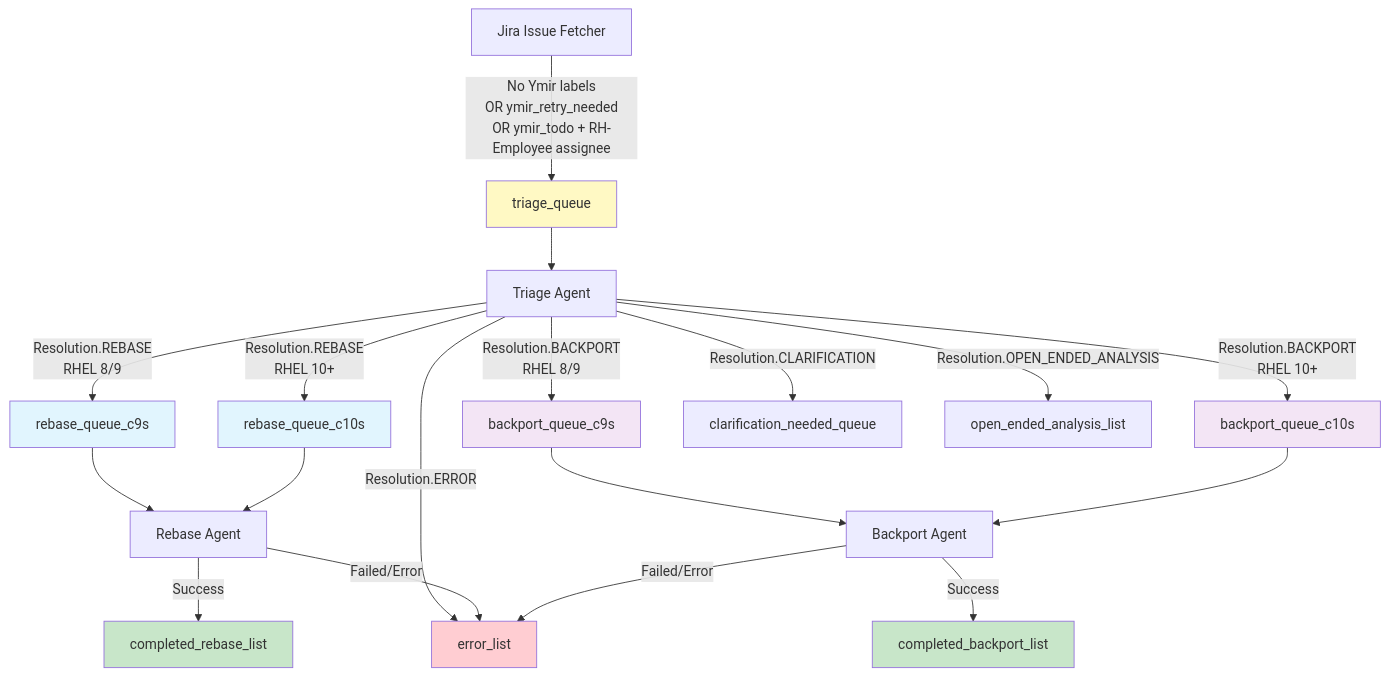
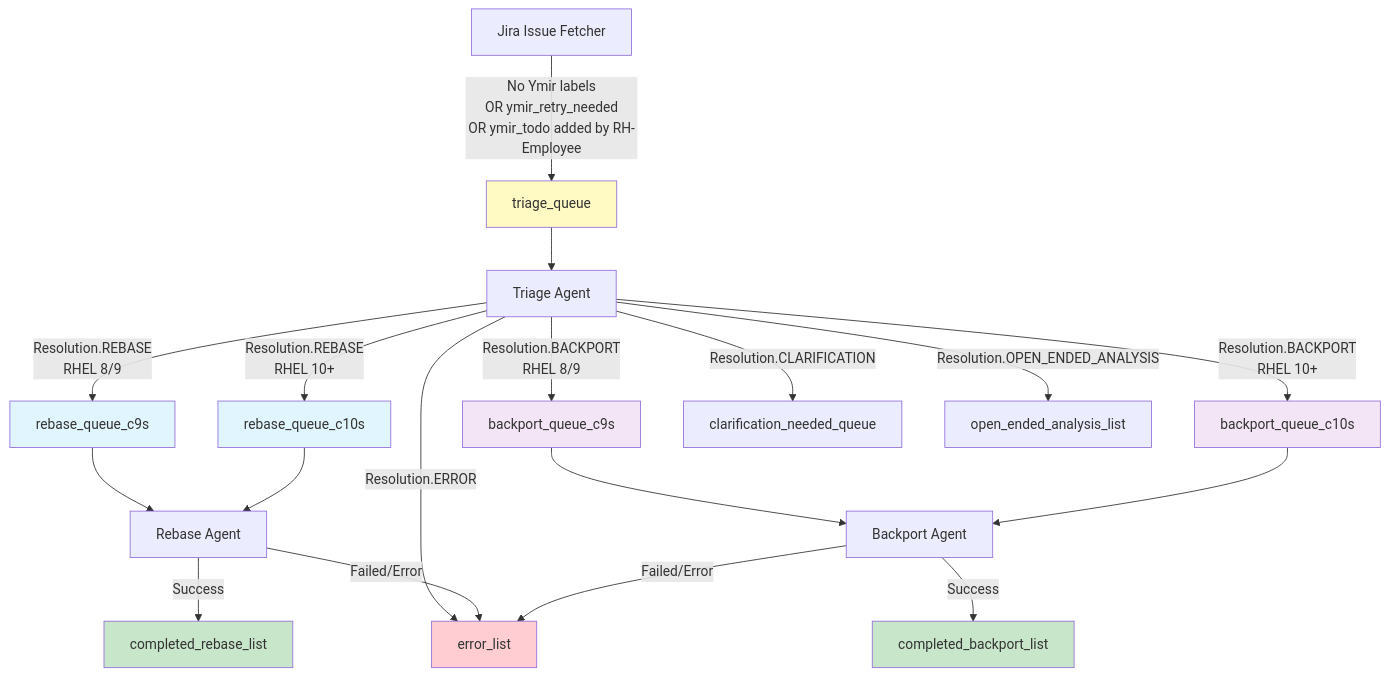
The second of 3 diagrams in jira_label_workflow_routing.md (packit/ai-workflows), drawn with Mermaid before and after one commit. The commit also changed other lines of this file and 3 other files, not shown here.

Commit message:
Verify ymir_todo author is a Red Hat Employee via changelog

````diff
--- a/jira_label_workflow_routing.md
+++ b/jira_label_workflow_routing.md
@@ -29,35 +29,35 @@
 ```mermaid
 flowchart TD
     FETCH[Jira Issue Fetcher]
 
-    FETCH -->|No Ymir labels<br/>OR ymir_retry_needed<br/>OR ymir_todo + RH-Employee assignee| TRIAGE[triage_queue]
+    FETCH -->|No Ymir labels<br/>OR ymir_retry_needed<br/>OR ymir_todo added by RH-Employee| TRIAGE[triage_queue]
 
     TRIAGE --> TRIAGE_AGENT[Triage Agent]
 
     TRIAGE_AGENT -->|Resolution.REBASE<br/>RHEL 8/9| REBASE_C9S[rebase_queue_c9s]
     TRIAGE_AGENT -->|Resolution.REBASE<br/>RHEL 10+| REBASE_C10S[rebase_queue_c10s]
     TRIAGE_AGENT -->|Resolution.BACKPORT<br/>RHEL 8/9| BACKPORT_C9S[backport_queue_c9s]
     TRIAGE_AGENT -->|Resolution.BACKPORT<br/>RHEL 10+| BACKPORT_C10S[backport_queue_c10s]
     TRIAGE_AGENT -->|Resolution.CLARIFICATION| CLARIFY[clarification_needed_queue]
     TRIAGE_AGENT -->|Resolution.OPEN_ENDED_ANALYSIS| ANALYSIS[open_ended_analysis_list]
     TRIAGE_AGENT -->|Resolution.ERROR| ERROR[error_list]
 
     REBASE_C9S --> REBASE_AGENT[Rebase Agent]
     REBASE_C10S --> REBASE_AGENT
     BACKPORT_C9S --> BACKPORT_AGENT[Backport Agent]
     BACKPORT_C10S --> BACKPORT_AGENT
 
     REBASE_AGENT -->|Success| COMPLETED_R[completed_rebase_list]
     REBASE_AGENT -->|Failed/Error| ERROR
     BACKPORT_AGENT -->|Success| COMPLETED_B[completed_backport_list]
     BACKPORT_AGENT -->|Failed/Error| ERROR
 
     style TRIAGE fill:#fff9c4
     style REBASE_C9S fill:#e1f5fe
     style REBASE_C10S fill:#e1f5fe
     style BACKPORT_C9S fill:#f3e5f5
     style BACKPORT_C10S fill:#f3e5f5
     style ERROR fill:#ffcdd2
     style COMPLETED_R fill:#c8e6c9
     style COMPLETED_B fill:#c8e6c9
 ```
````
